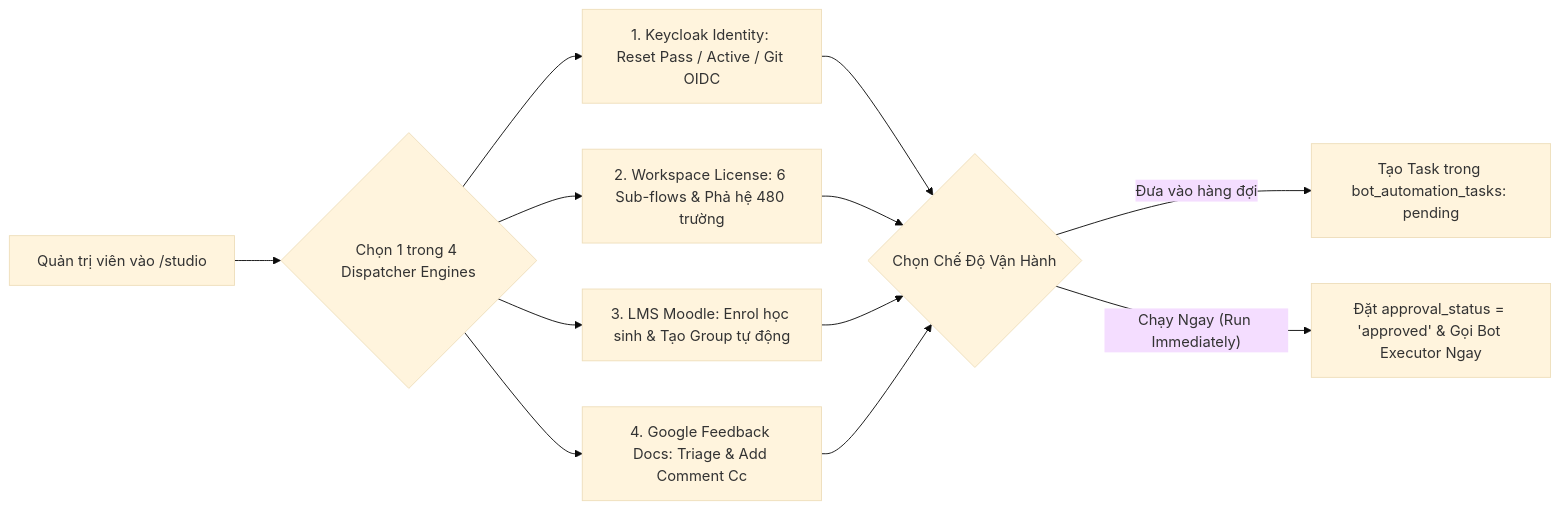
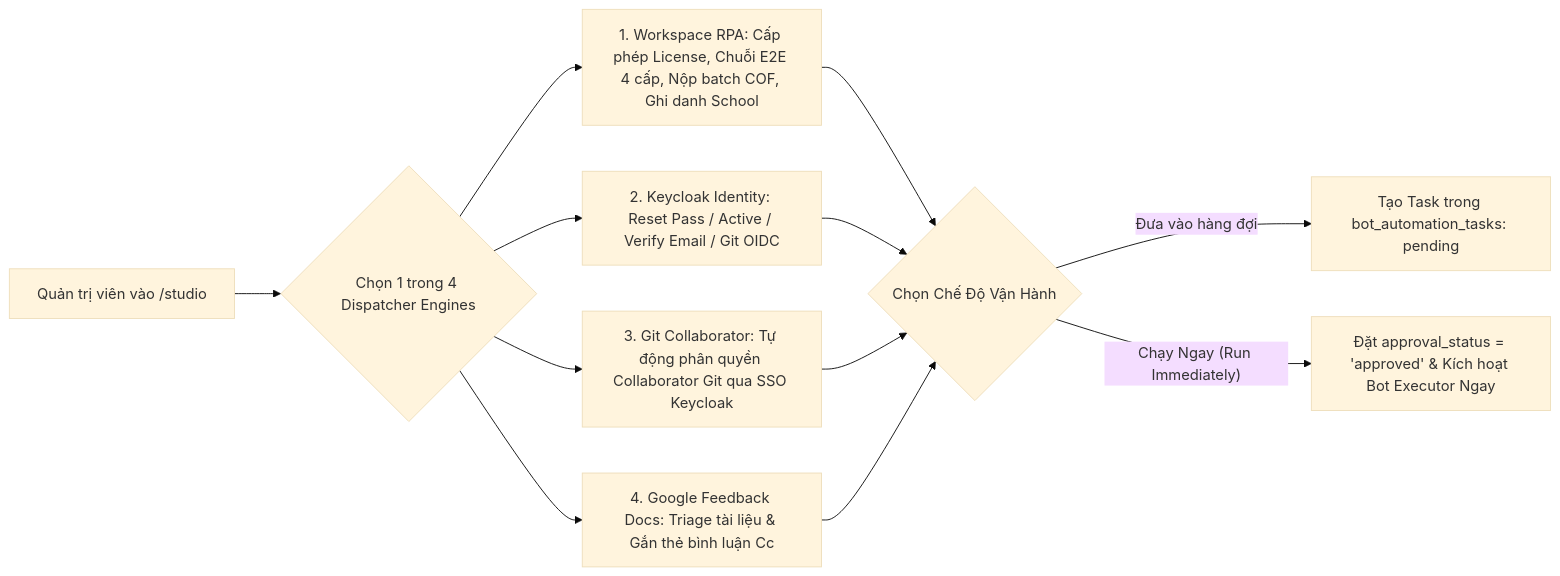
One commit to hungnm-1225/ptv-tasks-administrator changed the seventh of 11 diagrams in README.md. Above: the diagram before and after it, drawn with Mermaid (base theme). The commit also changed other lines of this file and 1 other file, not shown here.

````diff
--- a/README.md
+++ b/README.md
@@ -869,14 +901,14 @@
 ```mermaid
 flowchart LR
     A[Quản trị viên vào /studio] --> B{Chọn 1 trong 4 Dispatcher Engines}
-    B --> C1[1. Keycloak Identity: Reset Pass / Active / Git OIDC]
-    B --> C2[2. Workspace License: 6 Sub-flows & Phả hệ 480 trường]
-    B --> C3[3. LMS Moodle: Enrol học sinh & Tạo Group tự động]
-    B --> C4[4. Google Feedback Docs: Triage & Add Comment Cc]
+    B --> C1[1. Workspace RPA: Cấp phép License, Chuỗi E2E 4 cấp, Nộp batch COF, Ghi danh School]
+    B --> C2[2. Keycloak Identity: Reset Pass / Active / Verify Email / Git OIDC]
+    B --> C3[3. Git Collaborator: Tự động phân quyền Collaborator Git qua SSO Keycloak]
+    B --> C4[4. Google Feedback Docs: Triage tài liệu & Gắn thẻ bình luận Cc]
     C1 --> D{Chọn Chế Độ Vận Hành}
     C2 --> D
     C3 --> D
     C4 --> D
     D -- Đưa vào hàng đợi --> E[Tạo Task trong bot_automation_tasks: pending]
-    D -- Chạy Ngay (Run Immediately) --> F[Đặt approval_status = 'approved' & Gọi Bot Executor Ngay]
+    D -- Chạy Ngay (Run Immediately) --> F[Đặt approval_status = 'approved' & Kích hoạt Bot Executor Ngay]
 ```
````
